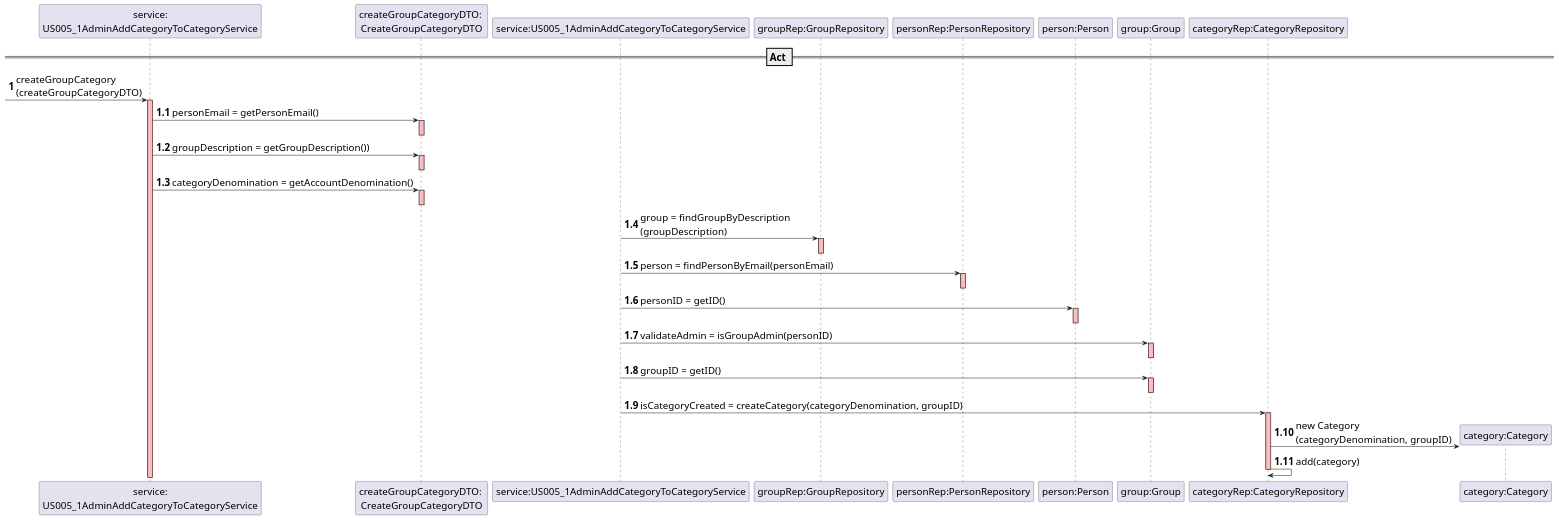
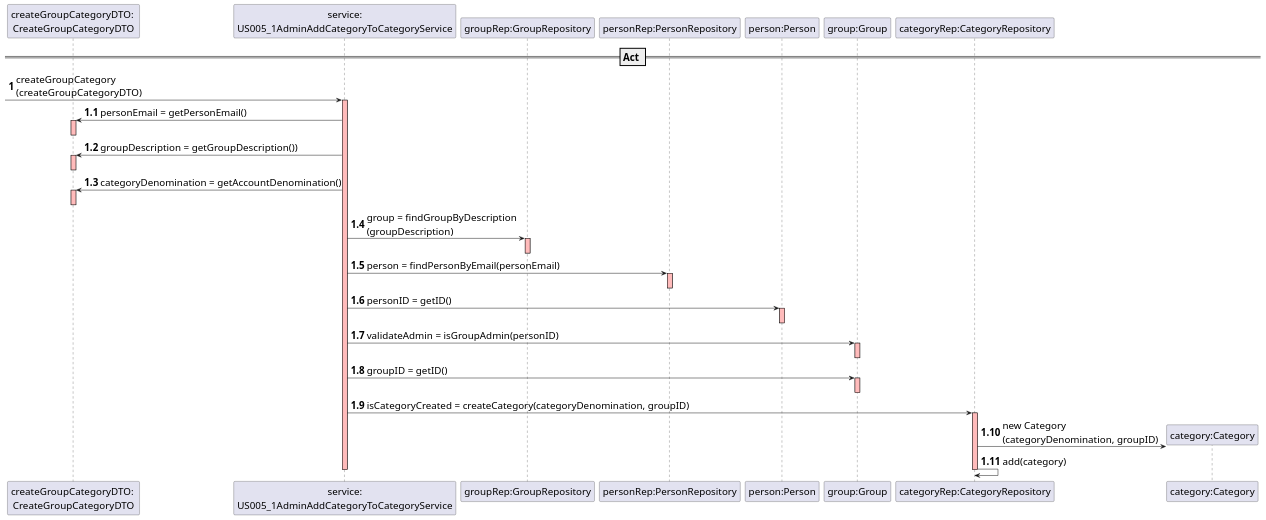
Before and after one commit to mleitaoribeiro/DevOpsMaven: the diagram in src/main/java/switch2019/project/controllerLayer/rest/US005_1AdminAddsCategoryControllerRestRef.puml, drawn with PlantUML.

```diff
--- a/src/main/java/switch2019/project/controllerLayer/rest/US005_1AdminAddsCategoryControllerRestRef.puml
+++ b/src/main/java/switch2019/project/controllerLayer/rest/US005_1AdminAddsCategoryControllerRestRef.puml
@@ -1,54 +1,57 @@
 @startuml
 skinparam DefaultFontSize 20
+
+participant "createGroupCategoryDTO: \nCreateGroupCategoryDTO"
+participant "service:\nUS005_1AdminAddCategoryToCategoryService"
 
 
 == Act ==
 autonumber
 [-> "service:\nUS005_1AdminAddCategoryToCategoryService" : createGroupCategory\n(createGroupCategoryDTO)
 activate "service:\nUS005_1AdminAddCategoryToCategoryService" #FFBBBB
 autonumber 1.1
 "service:\nUS005_1AdminAddCategoryToCategoryService" -> "createGroupCategoryDTO: \nCreateGroupCategoryDTO" : personEmail = getPersonEmail()
 activate "createGroupCategoryDTO: \nCreateGroupCategoryDTO"  #FFBBBB
 deactivate "createGroupCategoryDTO: \nCreateGroupCategoryDTO"  #FFBBBB
 
 "service:\nUS005_1AdminAddCategoryToCategoryService" -> "createGroupCategoryDTO: \nCreateGroupCategoryDTO" : groupDescription = getGroupDescription())
 activate "createGroupCategoryDTO: \nCreateGroupCategoryDTO"  #FFBBBB
 deactivate "createGroupCategoryDTO: \nCreateGroupCategoryDTO"  #FFBBBB
 
 "service:\nUS005_1AdminAddCategoryToCategoryService" -> "createGroupCategoryDTO: \nCreateGroupCategoryDTO" : categoryDenomination = getAccountDenomination()
 activate "createGroupCategoryDTO: \nCreateGroupCategoryDTO"  #FFBBBB
 deactivate "createGroupCategoryDTO: \nCreateGroupCategoryDTO"  #FFBBBB
 
 
-"service:US005_1AdminAddCategoryToCategoryService"->"groupRep:GroupRepository":group = findGroupByDescription\n(groupDescription)
+"service:\nUS005_1AdminAddCategoryToCategoryService"->"groupRep:GroupRepository":group = findGroupByDescription\n(groupDescription)
 activate "groupRep:GroupRepository" #FFBBBB
 deactivate "groupRep:GroupRepository"
 
-"service:US005_1AdminAddCategoryToCategoryService"->"personRep:PersonRepository": person = findPersonByEmail(personEmail)
+"service:\nUS005_1AdminAddCategoryToCategoryService"->"personRep:PersonRepository": person = findPersonByEmail(personEmail)
 activate "personRep:PersonRepository" #FFBBBB
 deactivate "personRep:PersonRepository"
 
-"service:US005_1AdminAddCategoryToCategoryService"->"person:Person": personID = getID()
+"service:\nUS005_1AdminAddCategoryToCategoryService"->"person:Person": personID = getID()
 activate "person:Person" #FFBBBB
 deactivate "person:Person"
 
-"service:US005_1AdminAddCategoryToCategoryService"->"group:Group": validateAdmin = isGroupAdmin(personID)
+"service:\nUS005_1AdminAddCategoryToCategoryService"->"group:Group": validateAdmin = isGroupAdmin(personID)
 activate "group:Group" #FFBBBB
 deactivate "group:Group"
 
-"service:US005_1AdminAddCategoryToCategoryService"->"group:Group": groupID = getID()
+"service:\nUS005_1AdminAddCategoryToCategoryService"->"group:Group": groupID = getID()
 activate "group:Group" #FFBBBB
 deactivate "group:Group"
 
-"service:US005_1AdminAddCategoryToCategoryService"->"categoryRep:CategoryRepository":isCategoryCreated = createCategory(categoryDenomination, groupID)
+"service:\nUS005_1AdminAddCategoryToCategoryService"->"categoryRep:CategoryRepository":isCategoryCreated = createCategory(categoryDenomination, groupID)
 activate "categoryRep:CategoryRepository" #FFBBBB
 
 create "category:Category"
 "categoryRep:CategoryRepository"->"category:Category":new Category\n(categoryDenomination, groupID)
 "categoryRep:CategoryRepository"->"categoryRep:CategoryRepository": add(category)
 
 deactivate "categoryRep:CategoryRepository"
-deactivate "service:US005_1AdminAddCategoryToCategoryService"
+deactivate "service:\nUS005_1AdminAddCategoryToCategoryService"
 
 
 @enduml
```
